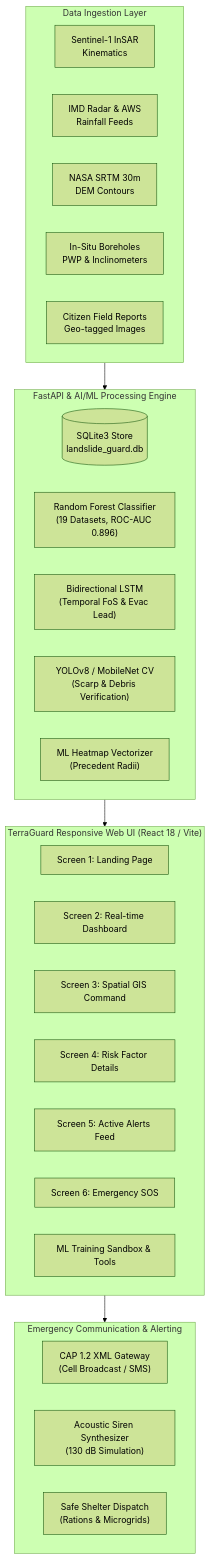
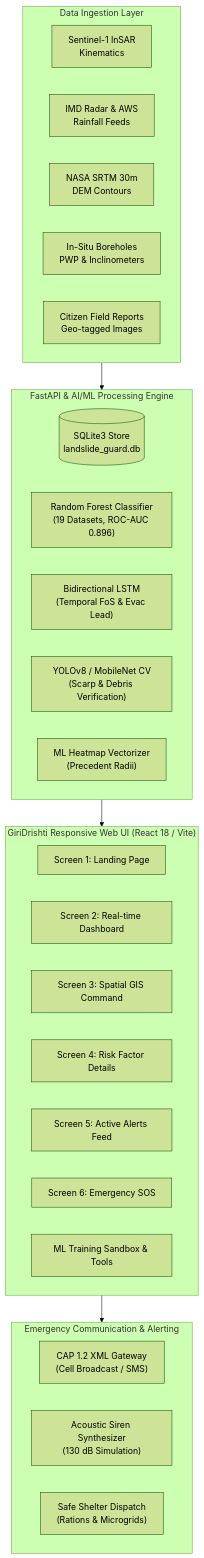
The first of 2 diagrams in docs/PRD.md (harit-adesara/Pransunex), drawn with Mermaid (forest theme) before and after one commit. The commit also changed other lines of this file and 41 other files, not shown here.

````diff
--- a/docs/PRD.md
+++ b/docs/PRD.md
@@ -35,38 +38,38 @@
 ```mermaid
 flowchart TB
     subgraph DataIngestion ["Data Ingestion Layer"]
         InSAR["Sentinel-1 InSAR\nKinematics"]
         IMD["IMD Radar & AWS\nRainfall Feeds"]
         SRTM["NASA SRTM 30m\nDEM Contours"]
         IoT["In-Situ Boreholes\nPWP & Inclinometers"]
         Citizen["Citizen Field Reports\nGeo-tagged Images"]
     end
 
     subgraph BackendML ["FastAPI & AI/ML Processing Engine"]
         DB[(SQLite3 Store\nlandslide_guard.db)]
         RF["Random Forest Classifier\n(19 Datasets, ROC-AUC 0.896)"]
         LSTM["Bidirectional LSTM\n(Temporal FoS & Evac Lead)"]
         CV["YOLOv8 / MobileNet CV\n(Scarp & Debris Verification)"]
         HeatmapEngine["ML Heatmap Vectorizer\n(Precedent Radii)"]
     end
 
-    subgraph FrontendUI ["TerraGuard Responsive Web UI (React 18 / Vite)"]
+    subgraph FrontendUI ["GiriDrishti Responsive Web UI (React 18 / Vite)"]
         Home["Screen 1: Landing Page"]
         Dashboard["Screen 2: Real-time Dashboard"]
         RiskMap["Screen 3: Spatial GIS Command"]
         RiskDetails["Screen 4: Risk Factor Details"]
         Alerts["Screen 5: Active Alerts Feed"]
         SOS["Screen 6: Emergency SOS"]
         AdvancedML["ML Training Sandbox & Tools"]
     end
 
     subgraph DispatchOut ["Emergency Communication & Alerting"]
         CAP["CAP 1.2 XML Gateway\n(Cell Broadcast / SMS)"]
         Siren["Acoustic Siren Synthesizer\n(130 dB Simulation)"]
         Shelters["Safe Shelter Dispatch\n(Rations & Microgrids)"]
     end
 
     DataIngestion --> BackendML
     BackendML --> FrontendUI
     FrontendUI --> DispatchOut
 ```
````
